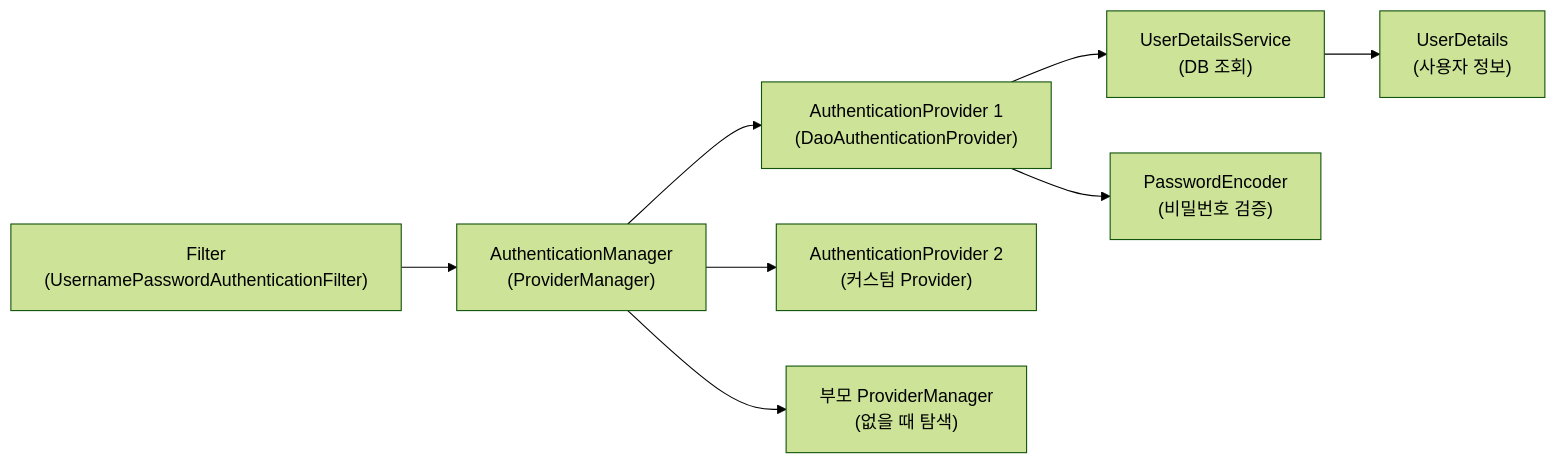
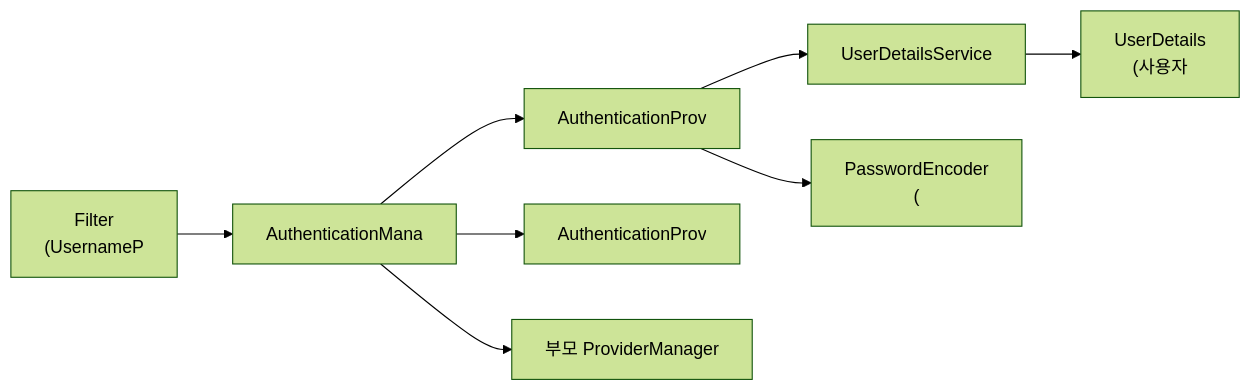
One commit to yjkim2015/yjkim2015.github.io changed the third of 3 diagrams in _posts/security/2021-05-31-AuthenticationFlow.md. Above: the diagram before and after it, drawn with Mermaid (forest theme). The commit also changed other lines of this file and 271 other files, not shown here.

First line of the commit message:
Mermaid 라벨 축소: 긴 노드 텍스트 18자 이하로 트림 + \n 제거

````diff
--- a/_posts/security/2021-05-31-AuthenticationFlow.md
+++ b/_posts/security/2021-05-31-AuthenticationFlow.md
@@ -216,10 +216,10 @@
 ```mermaid
 flowchart LR
-    A["Filter\n(UsernamePasswordAuthenticationFilter)"] --> B["AuthenticationManager\n(ProviderManager)"]
-    B --> C["AuthenticationProvider 1\n(DaoAuthenticationProvider)"]
-    B --> D["AuthenticationProvider 2\n(커스텀 Provider)"]
-    B --> E["부모 ProviderManager\n(없을 때 탐색)"]
-    C --> F["UserDetailsService\n(DB 조회)"]
-    C --> G["PasswordEncoder\n(비밀번호 검증)"]
-    F --> H["UserDetails\n(사용자 정보)"]
+    A["Filter\n(UsernameP"] --> B["AuthenticationMana"]
+    B --> C["AuthenticationProv"]
+    B --> D["AuthenticationProv"]
+    B --> E["부모 ProviderManager"]
+    C --> F["UserDetailsService"]
+    C --> G["PasswordEncoder\n("]
+    F --> H["UserDetails\n(사용자"]
 ```
````
